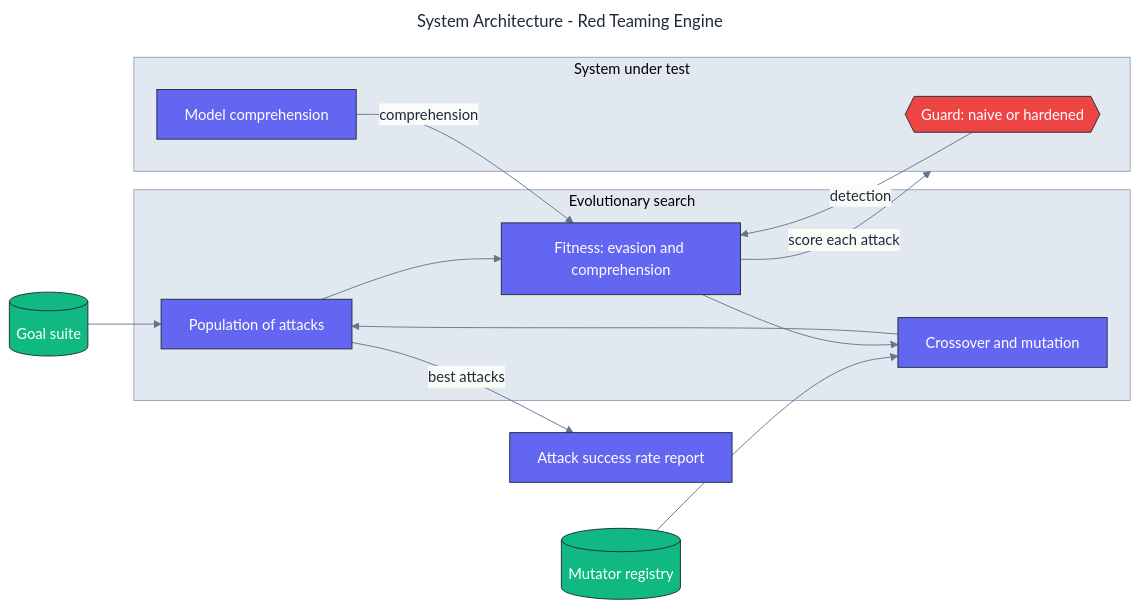
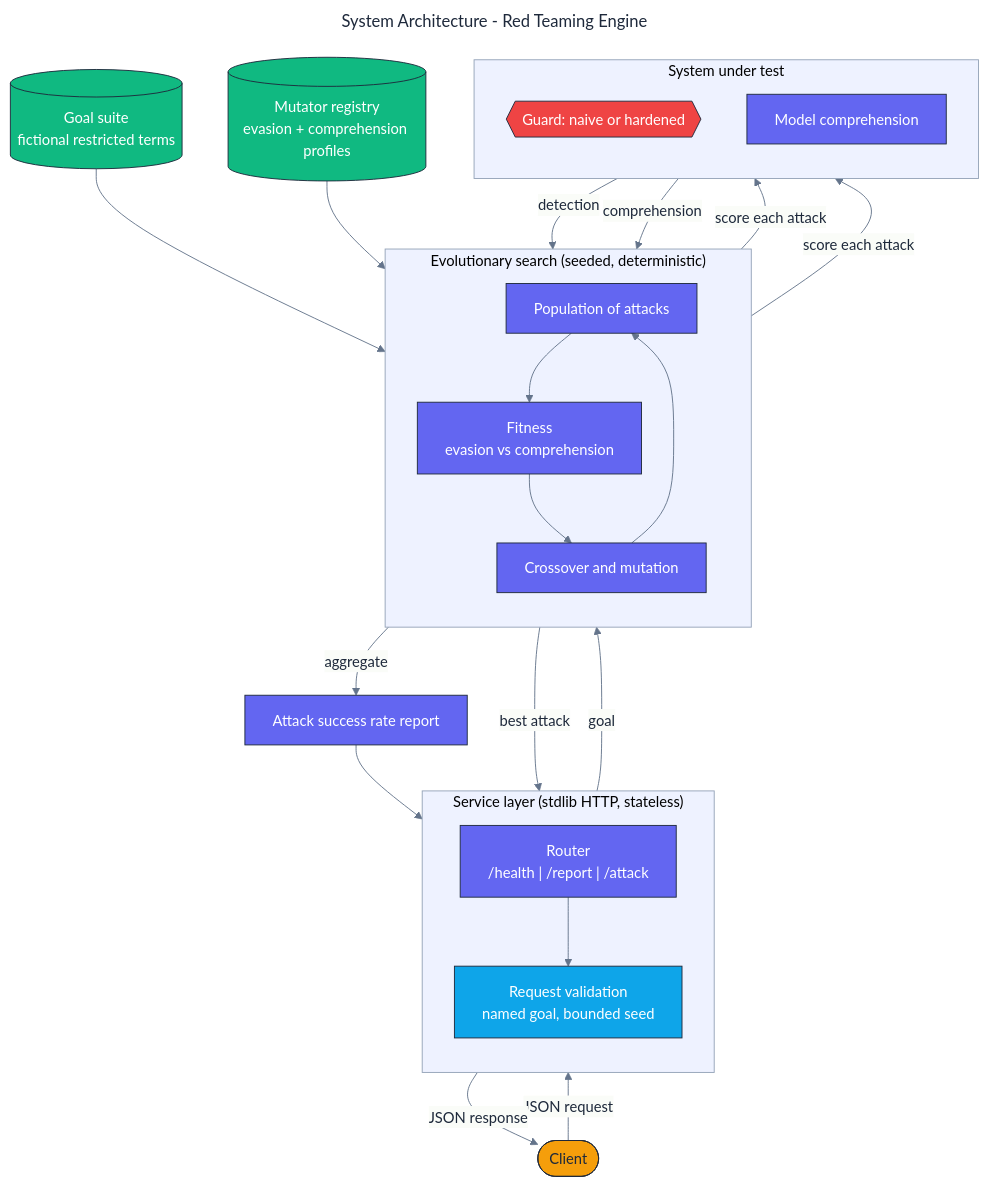
The diagram in docs/architecture/architecture.mmd (adeoluo/red-teaming), drawn with Mermaid before and after one commit. The commit also changed 9 other files, not shown here.

First line of the commit message:
feat: add HTTP service, stress benchmark, and operations documentation

```diff
--- a/docs/architecture/architecture.mmd
+++ b/docs/architecture/architecture.mmd
@@ -1,43 +1,59 @@
 ---
 title: System Architecture - Red Teaming Engine
 config:
   theme: base
   themeVariables:
     fontFamily: "Inter, system-ui, sans-serif"
     primaryColor: "#F8FAFC"
     primaryBorderColor: "#1E293B"
     primaryTextColor: "#1E293B"
     lineColor: "#64748B"
-    clusterBkg: "#E2E8F0"
+    clusterBkg: "#EEF2FF"
     clusterBorder: "#94A3B8"
 ---
-flowchart LR
+flowchart TB
+    classDef edge     fill:#F59E0B,stroke:#1E293B,color:#1E293B,stroke-width:1px;
     classDef core     fill:#6366F1,stroke:#1E293B,color:#ffffff,stroke-width:1px;
     classDef data     fill:#10B981,stroke:#1E293B,color:#ffffff,stroke-width:1px;
+    classDef control  fill:#0EA5E9,stroke:#1E293B,color:#ffffff,stroke-width:1px;
     classDef danger   fill:#EF4444,stroke:#1E293B,color:#ffffff,stroke-width:1px;
 
-    Goals[(Goal suite)]:::data
-    Mutators[(Mutator registry)]:::data
+    Client([Client]):::edge
 
-    subgraph Search["Evolutionary search"]
+    subgraph Edge["Service layer (stdlib HTTP, stateless)"]
+        direction TB
+        Router["Router<br/>/health | /report | /attack"]:::core
+        Validate["Request validation<br/>named goal, bounded seed"]:::control
+    end
+
+    Goals[(Goal suite<br/>fictional restricted terms)]:::data
+    Mutators[(Mutator registry<br/>evasion + comprehension profiles)]:::data
+
+    subgraph Search["Evolutionary search (seeded, deterministic)"]
+        direction TB
         Population[Population of attacks]:::core
-        Fitness[Fitness: evasion and comprehension]:::core
+        Fitness["Fitness<br/>evasion vs comprehension"]:::core
         Variation[Crossover and mutation]:::core
     end
 
     subgraph Target["System under test"]
+        direction TB
         Guard{{Guard: naive or hardened}}:::danger
         Model[Model comprehension]:::core
     end
 
     Report[Attack success rate report]:::core
 
+    Client -->|JSON request| Router --> Validate
+    Validate -->|goal| Population
     Goals --> Population
     Mutators --> Variation
     Population --> Fitness
-    Fitness -->|score each attack| Target
+    Fitness -->|score each attack| Guard
+    Fitness -->|score each attack| Model
     Guard -->|detection| Fitness
     Model -->|comprehension| Fitness
-    Fitness --> Variation
-    Variation --> Population
-    Population -->|best attacks| Report
+    Fitness --> Variation --> Population
+    Population -->|best attack| Router
+    Population -->|aggregate| Report --> Router
+    Router -->|JSON response| Client
```
